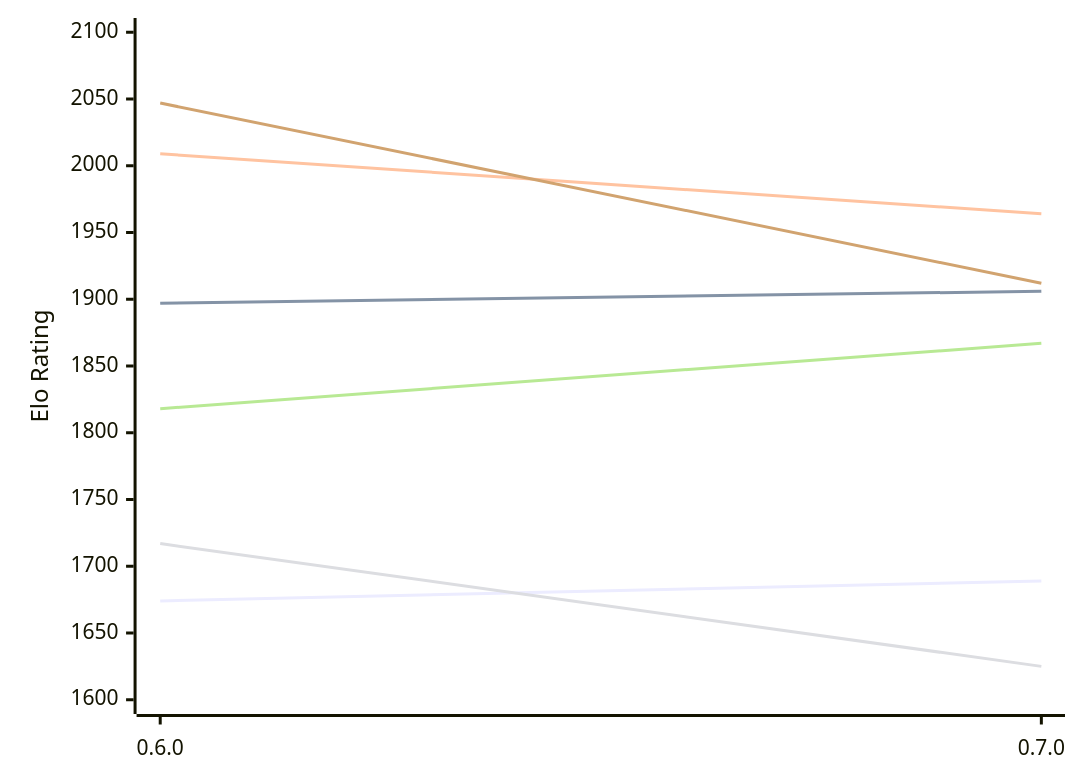
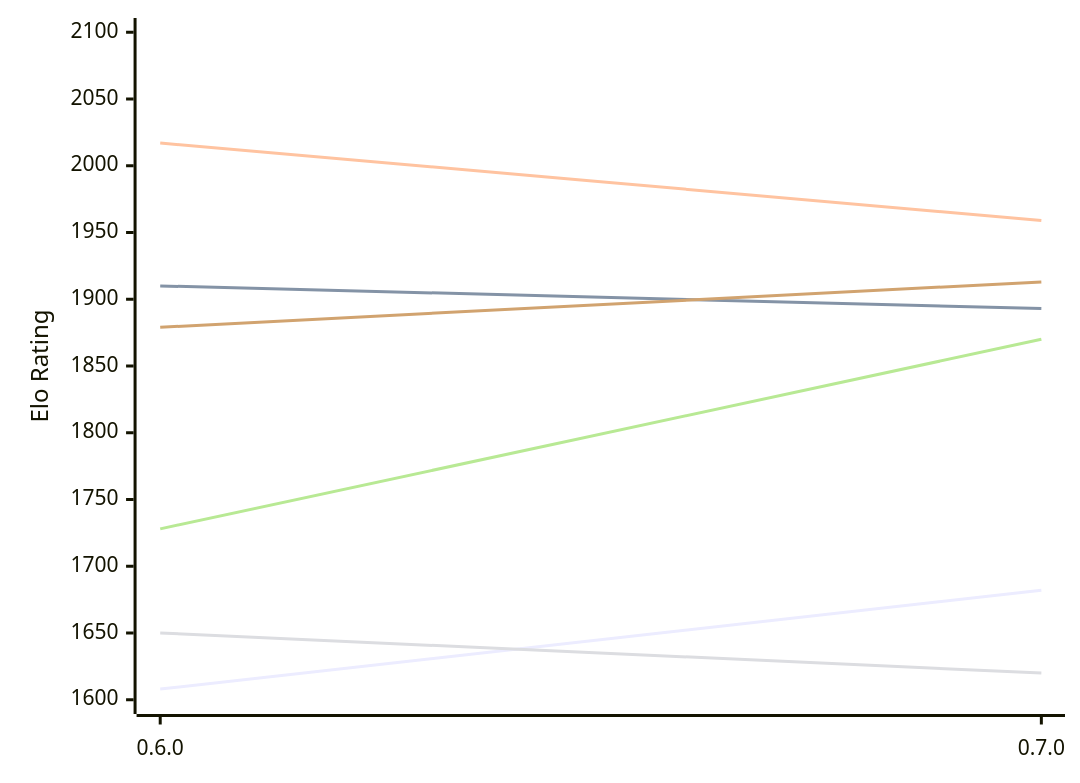
One commit to computer-chess-index/cci changed the first of 2 diagrams in engines/Chess-rs.md. Above: the diagram before and after it, drawn with Mermaid. The commit also changed other lines of this file, not shown here.

Commit message:
Update CCI Ratings (ELO VLTC) - 2026-11-15

````diff
--- a/engines/Chess-rs.md
+++ b/engines/Chess-rs.md
@@ -51,12 +51,12 @@
 ```mermaid
 %%{init: {"theme":"base","themeVariables":{"seriesColors:['#a3a3a3','#222221','#faa371']}}}%%
 xychart-beta
   x-axis ["0.6.0", "0.7.0"]
   y-axis "Elo Rating" 1600 --> 2100
-  line "E1: STC (8.0+0.08s)" [1674, 1689]
-  line "E1: LTC (60.0+0.60s)" [1897, 1906]
-  line "E1: VLTC (2m24s+1.12s)" [2009, 1964]
-  line "P1: STC (8.0+0.08s)" [1717, 1625]
-  line "P1: LTC (60.0+0.60s)" [1818, 1867]
-  line "P1: VLTC (2m24s+1.12s)" [2047, 1912]
+  line "E1: STC (8.0+0.08s)" [1608, 1682]
+  line "E1: LTC (60.0+0.60s)" [1910, 1893]
+  line "E1: VLTC (2m24s+1.12s)" [2017, 1959]
+  line "P1: STC (8.0+0.08s)" [1650, 1620]
+  line "P1: LTC (60.0+0.60s)" [1728, 1870]
+  line "P1: VLTC (2m24s+1.12s)" [1879, 1913]
 ```
````
